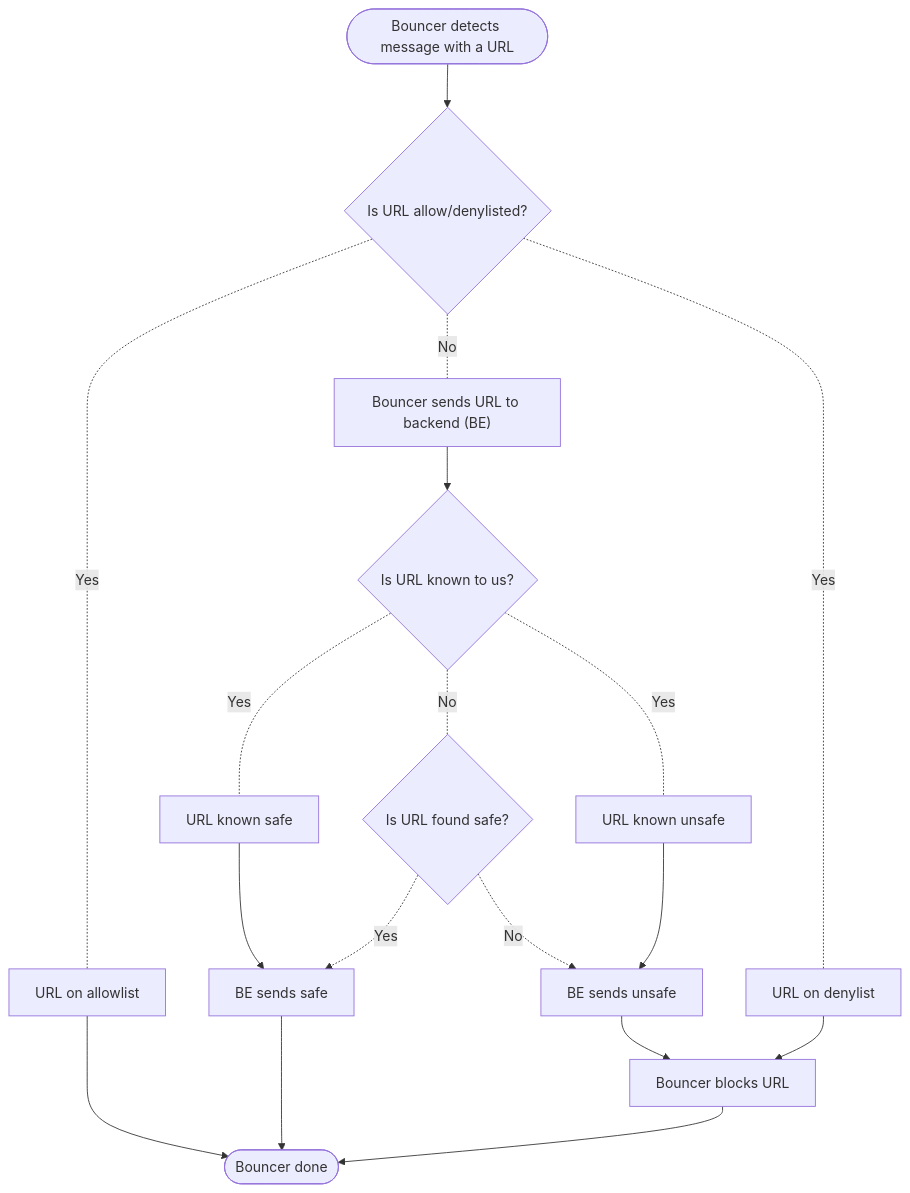
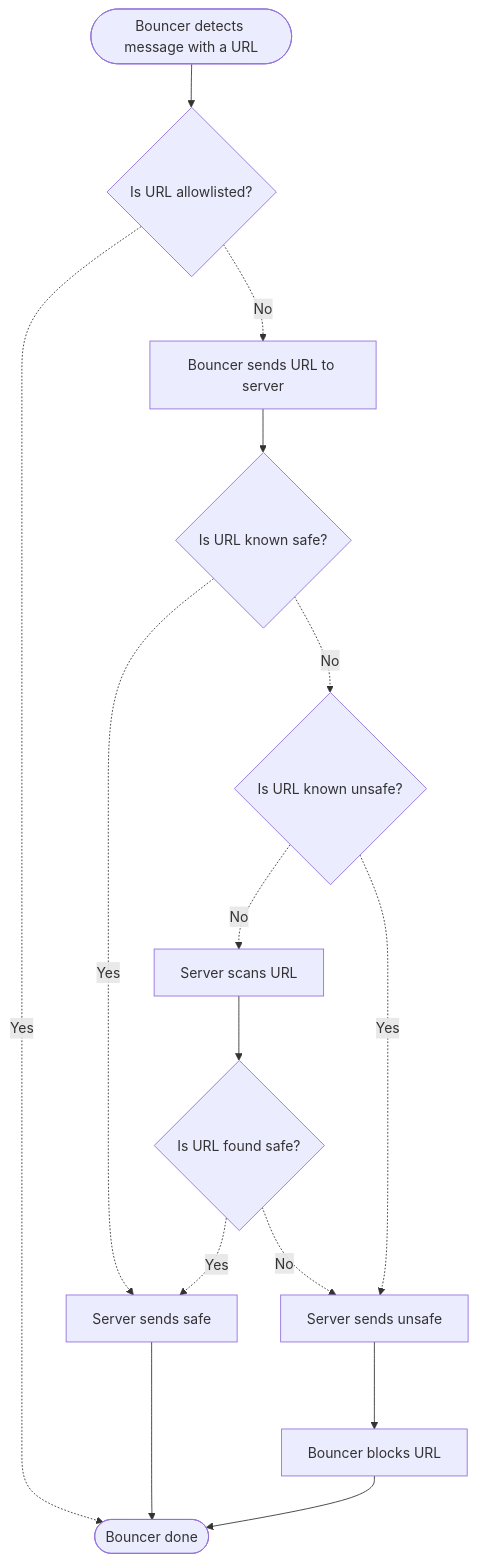
The diagram in README.md (interlock-network/interlock-bouncer-documentation), drawn with Mermaid before and after one commit.

Commit message:
updates flowchart for accuracy

````diff
--- a/README.md
+++ b/README.md
@@ -55,20 +55,17 @@
 ```mermaid
 graph TD;
-A([Bouncer detects message with a URL]) --> B{Is URL allow/denylisted?}
-B -.- |Yes|D[URL on allowlist]
-D ---> O
-C --> E[Bouncer blocks URL]
-B -.- |No|F["Bouncer sends URL to backend (BE)"]
-B -.- |Yes|C[URL on denylist]
-F --> P{Is URL known to us?}
-P -.- |Yes|G[URL known safe]
-P -.- |No|I{Is URL found safe?}
-G --> J[BE sends safe]
-H --> K[BE sends unsafe]
-I -.-> |Yes|J[BE sends safe]
-I -.-> |No|K
-P -.- |Yes|H[URL known unsafe]
-J --> O([Bouncer done])
-E --> O
-K --> E
+START([Bouncer detects message with a URL]) --> A
+A{Is URL allowlisted?} -.-> |Yes|DONE
+A -.-> |No|B
+B["Bouncer sends URL to server"] --> F
+F{Is URL known safe?} -.-> |Yes|SAFE
+F -.-> |No|D
+D -.-> |No|E
+E[Server scans URL] --> FOUND
+D{Is URL known unsafe?} -.-> |Yes|UNSAFE
+FOUND{Is URL found safe?} -.-> |Yes|SAFE
+FOUND -.-> |No|UNSAFE
+SAFE[Server sends safe] --> DONE([Bouncer done])
+UNSAFE[Server sends unsafe] ---> BLOCKED
+BLOCKED[Bouncer blocks URL] --> DONE
 ```
````
